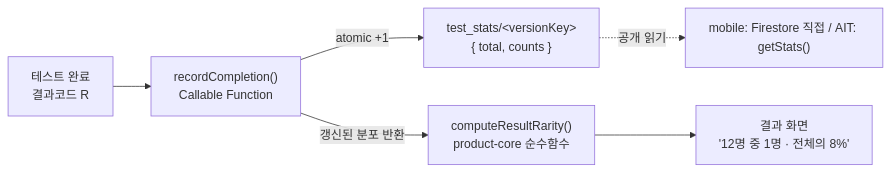
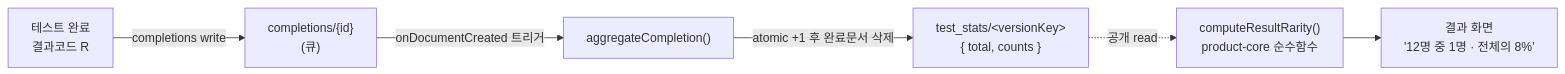
Before and after one commit to seorilabs/trait-test-hub: the diagram in docs/stats.md, drawn with Mermaid. The commit also changed other lines of this file and 9 other files, not shown here.

````diff
--- a/docs/stats.md
+++ b/docs/stats.md
@@ -7,8 +7,8 @@
 ```mermaid
 flowchart LR
-  Done["테스트 완료<br/>결과코드 R"] --> Fn["recordCompletion()<br/>Callable Function"]
-  Fn -->|atomic +1| Stats["test_stats/&lt;versionKey&gt;<br/>{ total, counts }"]
-  Fn -->|갱신된 분포 반환| Calc["computeResultRarity()<br/>product-core 순수함수"]
+  Done["테스트 완료<br/>결과코드 R"] -->|completions write| Q["completions/{id}<br/>(큐)"]
+  Q -->|onDocumentCreated 트리거| Fn["aggregateCompletion()"]
+  Fn -->|atomic +1 후 완료문서 삭제| Stats["test_stats/&lt;versionKey&gt;<br/>{ total, counts }"]
+  Stats -.공개 read.-> Calc["computeResultRarity()<br/>product-core 순수함수"]
   Calc --> UI["결과 화면<br/>'12명 중 1명 · 전체의 8%'"]
-  Stats -.공개 읽기.-> Read["mobile: Firestore 직접 / AIT: getStats()"]
 ```
````
